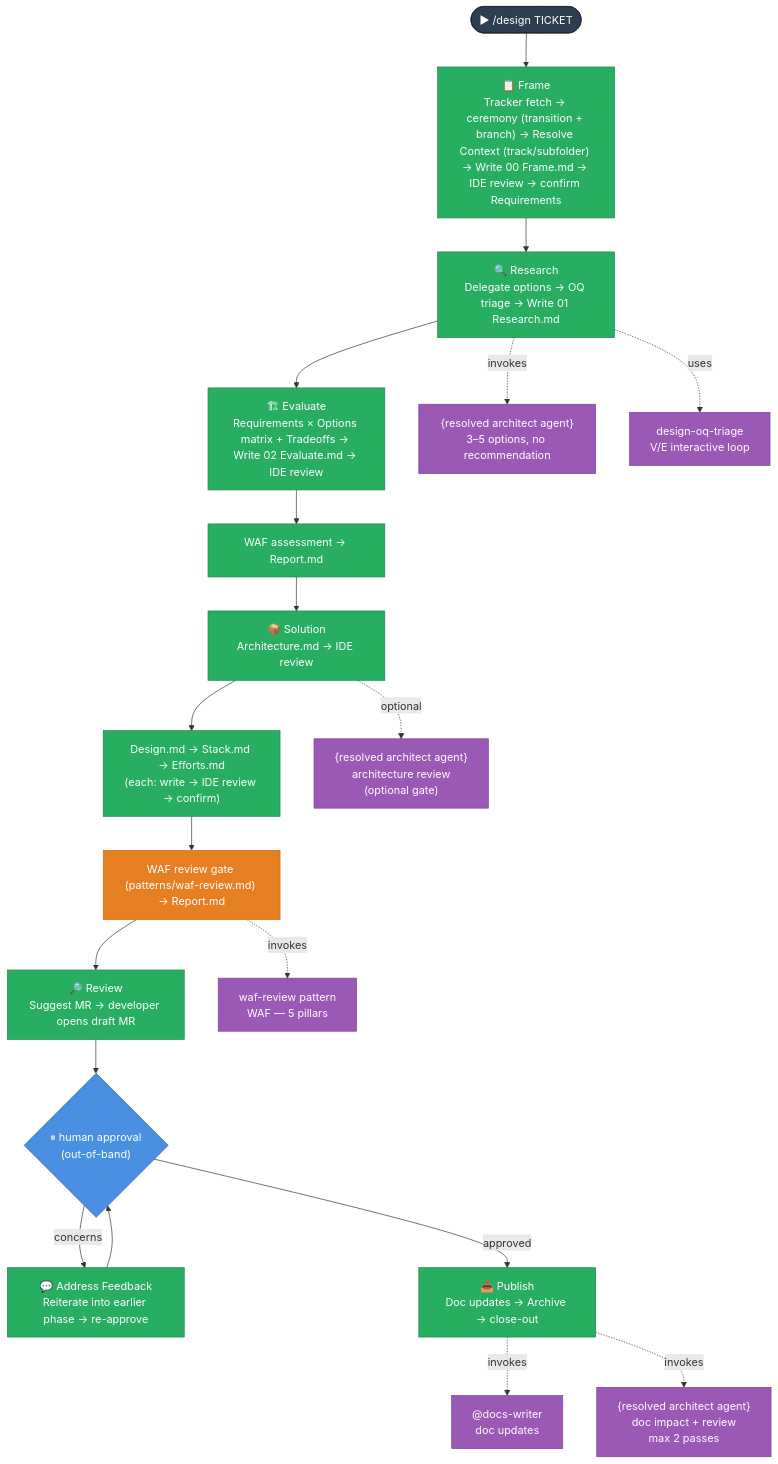
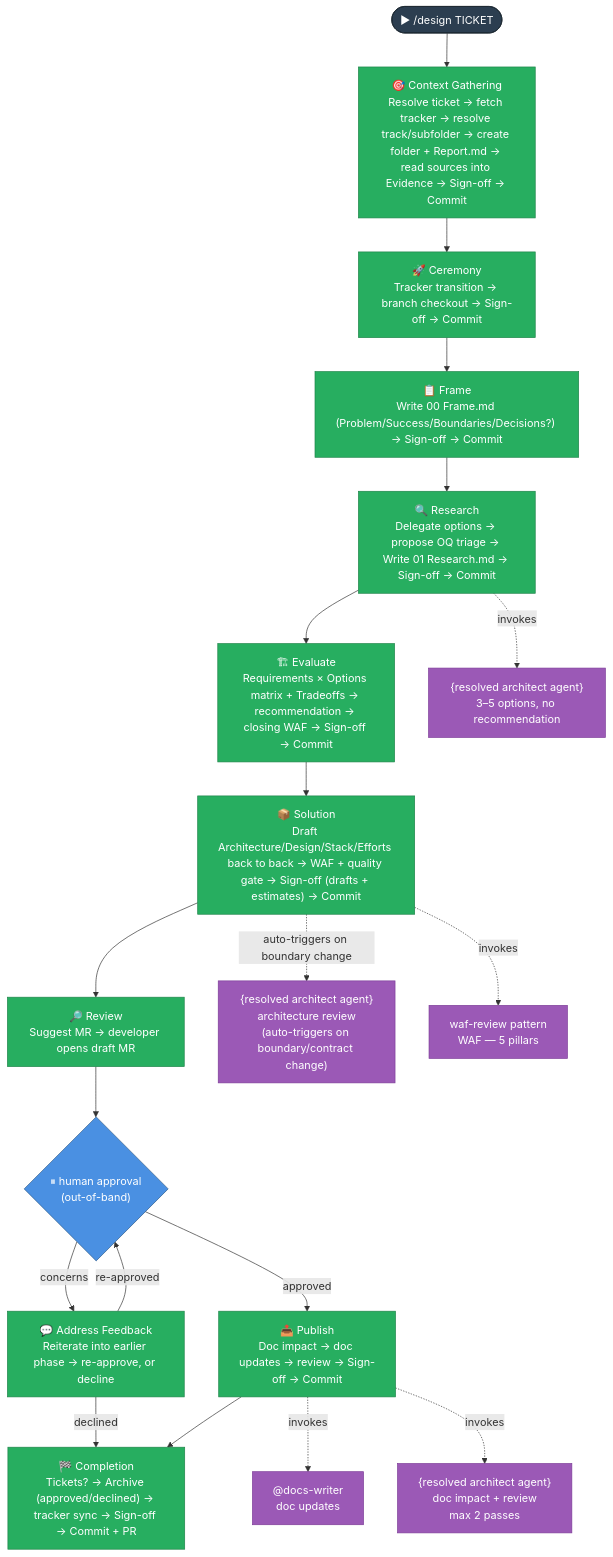
One commit to DataArt/artisyn-implementation-harness changed the diagram in docs/Engineering Guide/Lifecycles/02 Design Lifecycle.md. Above: the diagram before and after it, drawn with Mermaid. The commit also changed other lines of this file and 126 other files, not shown here.

First line of the commit message:
feat(design): gate-density pass, Context Gathering/Ceremony split, Product/Project tracks (3.0.0)

````diff
--- a/docs/Engineering Guide/Lifecycles/02 Design Lifecycle.md
+++ b/docs/Engineering Guide/Lifecycles/02 Design Lifecycle.md
@@ -34,40 +38,39 @@
 ```mermaid
 flowchart TD
     START(["▶ /design TICKET"]):::actor
 
-    F["📋 Frame\nTracker fetch → ceremony (transition + branch) → Resolve Context (track/subfolder) → Write 00 Frame.md → IDE review → confirm Requirements"]:::phase
-    R["🔍 Research\nDelegate options → OQ triage → Write 01 Research.md"]:::phase
-    E["🏗 Evaluate\nRequirements × Options matrix + Tradeoffs → Write 02 Evaluate.md → IDE review"]:::phase
-    EW["WAF assessment → Report.md"]:::phase
-    S1["📦 Solution\nArchitecture.md → IDE review"]:::phase
-    S2["Design.md → Stack.md → Efforts.md\n(each: write → IDE review → confirm)"]:::phase
-    SGATE["WAF review gate (patterns/waf-review.md) → Report.md"]:::gate
+    CG["🎯 Context Gathering\nResolve ticket → fetch tracker → resolve track/subfolder → create folder + Report.md → read sources into Evidence → Sign-off → Commit"]:::phase
+    CER["🚀 Ceremony\nTracker transition → branch checkout → Sign-off → Commit"]:::phase
+    F["📋 Frame\nWrite 00 Frame.md (Problem/Success/Boundaries/Decisions?) → Sign-off → Commit"]:::phase
+    R["🔍 Research\nDelegate options → propose OQ triage → Write 01 Research.md → Sign-off → Commit"]:::phase
+    E["🏗 Evaluate\nRequirements × Options matrix + Tradeoffs → recommendation → closing WAF → Sign-off → Commit"]:::phase
+    S1["📦 Solution\nDraft Architecture/Design/Stack/Efforts back to back → WAF + quality gate → Sign-off (drafts + estimates) → Commit"]:::phase
     REV["🔎 Review\nSuggest MR → developer opens draft MR"]:::phase
     PAPPROVE{"⏸ human approval\n(out-of-band)"}:::human
-    AF["💬 Address Feedback\nReiterate into earlier phase → re-approve"]:::phase
-    PUB["📤 Publish\nDoc updates → Archive → close-out"]:::phase
+    AF["💬 Address Feedback\nReiterate into earlier phase → re-approve, or decline"]:::phase
+    PUB["📤 Publish\nDoc impact → doc updates → review → Sign-off → Commit"]:::phase
+    COMP["🏁 Completion\nTickets? → Archive (approved/declined) → tracker sync → Sign-off → Commit + PR"]:::phase
 
     ARC_R["{resolved architect agent}\n3–5 options, no recommendation"]:::sat
-    OQT["design-oq-triage\nV/E interactive loop"]:::sat
-    ARC_S["{resolved architect agent}\narchitecture review\n(optional gate)"]:::sat
+    ARC_S["{resolved architect agent}\narchitecture review\n(auto-triggers on boundary/contract change)"]:::sat
     DR["waf-review pattern\nWAF — 5 pillars"]:::sat
     DW["@docs-writer\ndoc updates"]:::sat
     ARC_P["{resolved architect agent}\ndoc impact + review\nmax 2 passes"]:::sat
 
-    START --> F --> R --> E --> EW --> S1 --> S2 --> SGATE --> REV --> PAPPROVE
-    PAPPROVE -->|concerns| AF --> PAPPROVE
-    PAPPROVE -->|approved| PUB
+    START --> CG --> CER --> F --> R --> E --> S1 --> REV --> PAPPROVE
+    PAPPROVE -->|concerns| AF
+    AF -->|re-approved| PAPPROVE
+    AF -->|declined| COMP
+    PAPPROVE -->|approved| PUB --> COMP
 
     R -.->|invokes| ARC_R
-    R -.->|uses| OQT
-    S1 -.->|optional| ARC_S
-    SGATE -.->|invokes| DR
+    S1 -.->|auto-triggers on boundary change| ARC_S
+    S1 -.->|invokes| DR
     PUB -.->|invokes| DW
     PUB -.->|invokes| ARC_P
 
     classDef actor fill:#2C3E50,stroke:#1A252F,color:#fff
     classDef phase fill:#27AE60,stroke:#1E8449,color:#fff
-    classDef gate fill:#E67E22,stroke:#CA6F1E,color:#fff
     classDef human fill:#4A90E2,stroke:#2E5C8A,color:#fff
     classDef sat fill:#9B59B6,stroke:#7D3C98,color:#fff
 ```
````
